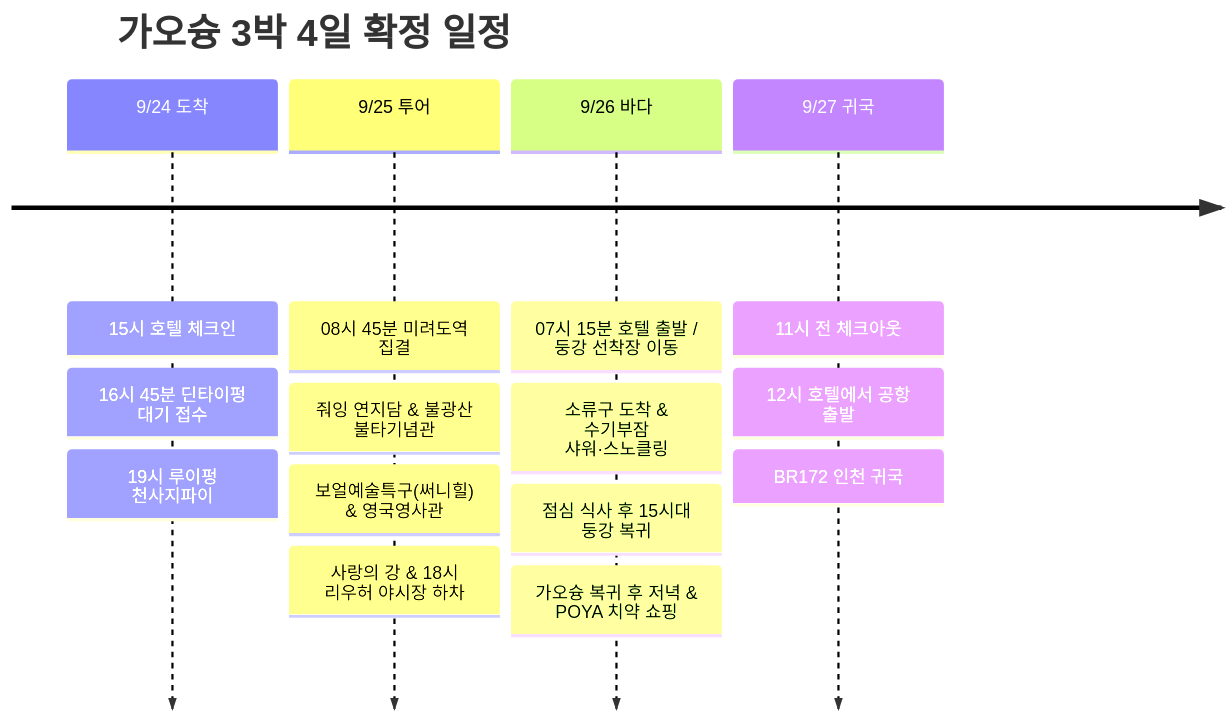
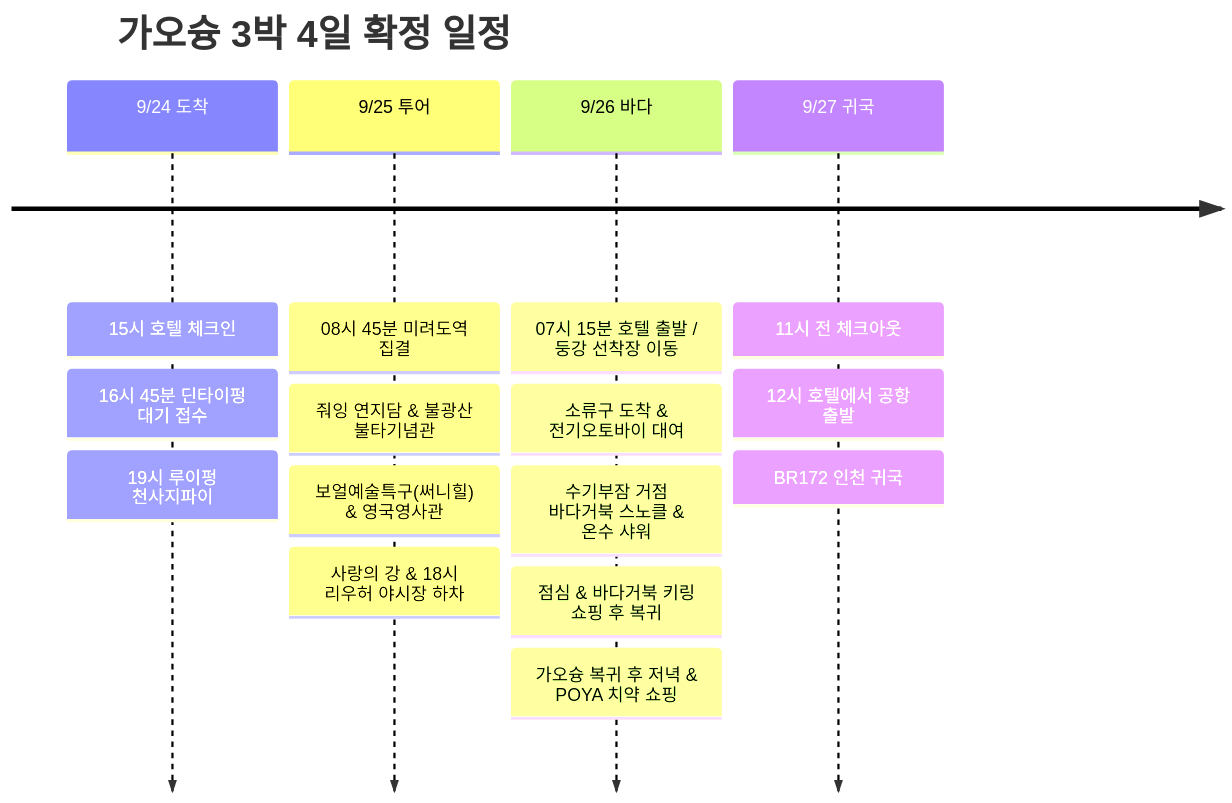
One commit to gongdongho12/commit-map changed the diagram in src/content/posts/2026-09-24-kaohsiung-xiaoliuqiu.md. Above: the diagram before and after it, drawn with Mermaid. The commit also changed other lines of this file, not shown here.

Commit message:
feat: 소류구 전기오토바이 렌트 및 바다거북 키링 쇼핑 동선 반영

````diff
--- a/src/content/posts/2026-09-24-kaohsiung-xiaoliuqiu.md
+++ b/src/content/posts/2026-09-24-kaohsiung-xiaoliuqiu.md
@@ -217,18 +231,19 @@
 ```mermaid
 timeline
   title 가오슝 3박 4일 확정 일정
   9/24 도착 : 15시 호텔 체크인
              : 16시 45분 딘타이펑 대기 접수
              : 19시 루이펑 천사지파이
   9/25 투어 : 08시 45분 미려도역 집결
              : 줘잉 연지담 & 불광산 불타기념관
              : 보얼예술특구(써니힐) & 영국영사관
              : 사랑의 강 & 18시 리우허 야시장 하차
   9/26 바다 : 07시 15분 호텔 출발 / 둥강 선착장 이동
-             : 소류구 도착 & 수기부잠 샤워·스노클링
-             : 점심 식사 후 15시대 둥강 복귀
+             : 소류구 도착 & 전기오토바이 대여
+             : 수기부잠 거점 바다거북 스노클 & 온수 샤워
+             : 점심 & 바다거북 키링 쇼핑 후 복귀
              : 가오슝 복귀 후 저녁 & POYA 치약 쇼핑
   9/27 귀국 : 11시 전 체크아웃
              : 12시 호텔에서 공항 출발
              : BR172 인천 귀국
 ```
````
